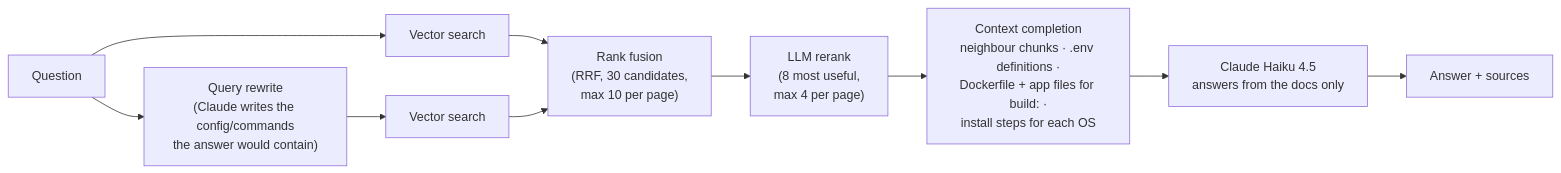
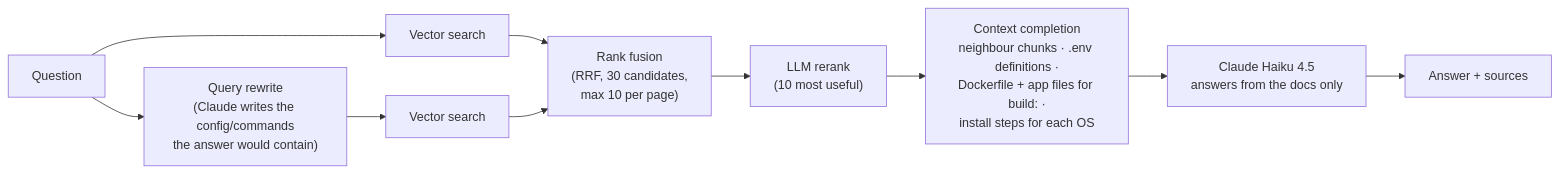
One commit to Edem94/document-intelligence-assistant changed the diagram in README.md. Above: the diagram before and after it, drawn with Mermaid. The commit also changed other lines of this file and 1 other file, not shown here.

````diff
--- a/README.md
+++ b/README.md
@@ -46,12 +46,12 @@
 ```mermaid
 flowchart LR
     Q[Question] --> RW["Query rewrite<br/>(Claude writes the config/commands<br/>the answer would contain)"]
     Q --> S1[Vector search]
     RW --> S2[Vector search]
     S1 --> F["Rank fusion<br/>(RRF, 30 candidates,<br/>max 10 per page)"]
     S2 --> F
-    F --> RR["LLM rerank<br/>(8 most useful,<br/>max 4 per page)"]
+    F --> RR["LLM rerank<br/>(10 most useful)"]
     RR --> X["Context completion<br/>neighbour chunks · .env definitions ·<br/>Dockerfile + app files for build: ·<br/>install steps for each OS"]
     X --> G["Claude Haiku 4.5<br/>answers from the docs only"]
     G --> A[Answer + sources]
 ```
````
